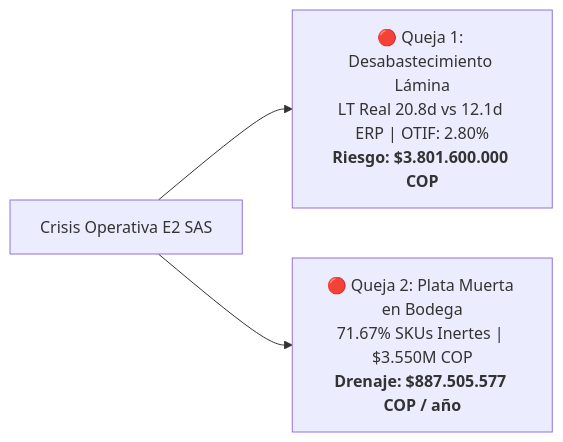
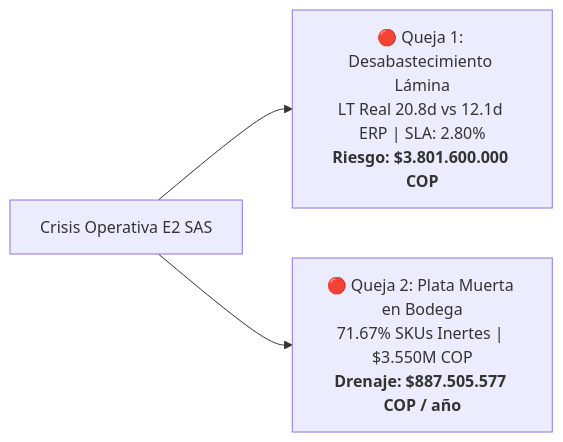
The first of 6 diagrams in informes/INFORME_SUSTENTACION_JUNTA_DIRECTIVA_E1.md (juliancarmotrice-star/E2), drawn with Mermaid before and after one commit. The commit also changed other lines of this file and 15 other files, not shown here.

Commit message:
docs: harmonize SLA and ERI terminology across all reports and align architecture section 6 baseline figures

````diff
--- a/informes/INFORME_SUSTENTACION_JUNTA_DIRECTIVA_E1.md
+++ b/informes/INFORME_SUSTENTACION_JUNTA_DIRECTIVA_E1.md
@@ -49,5 +49,5 @@
 ```mermaid
 flowchart LR
-    A["Crisis Operativa E2 SAS"] --> B["🔴 Queja 1: Desabastecimiento Lámina<br>LT Real 20.8d vs 12.1d ERP | OTIF: 2.80%<br><b>Riesgo: $3.801.600.000 COP</b>"]
+    A["Crisis Operativa E2 SAS"] --> B["🔴 Queja 1: Desabastecimiento Lámina<br>LT Real 20.8d vs 12.1d ERP | SLA: 2.80%<br><b>Riesgo: $3.801.600.000 COP</b>"]
     A --> C["🔴 Queja 2: Plata Muerta en Bodega<br>71.67% SKUs Inertes | $3.550M COP<br><b>Drenaje: $887.505.577 COP / año</b>"]
 ```
````
